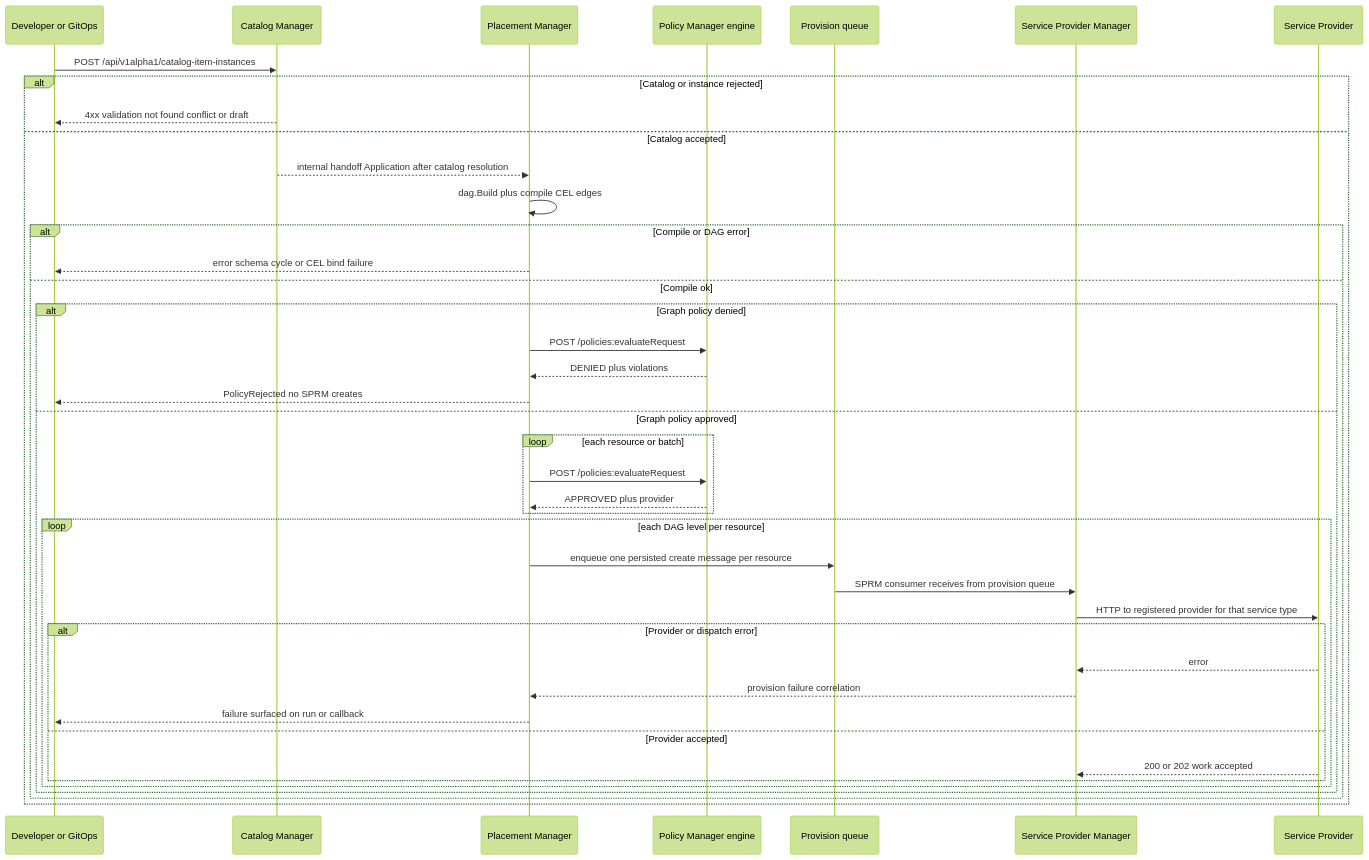
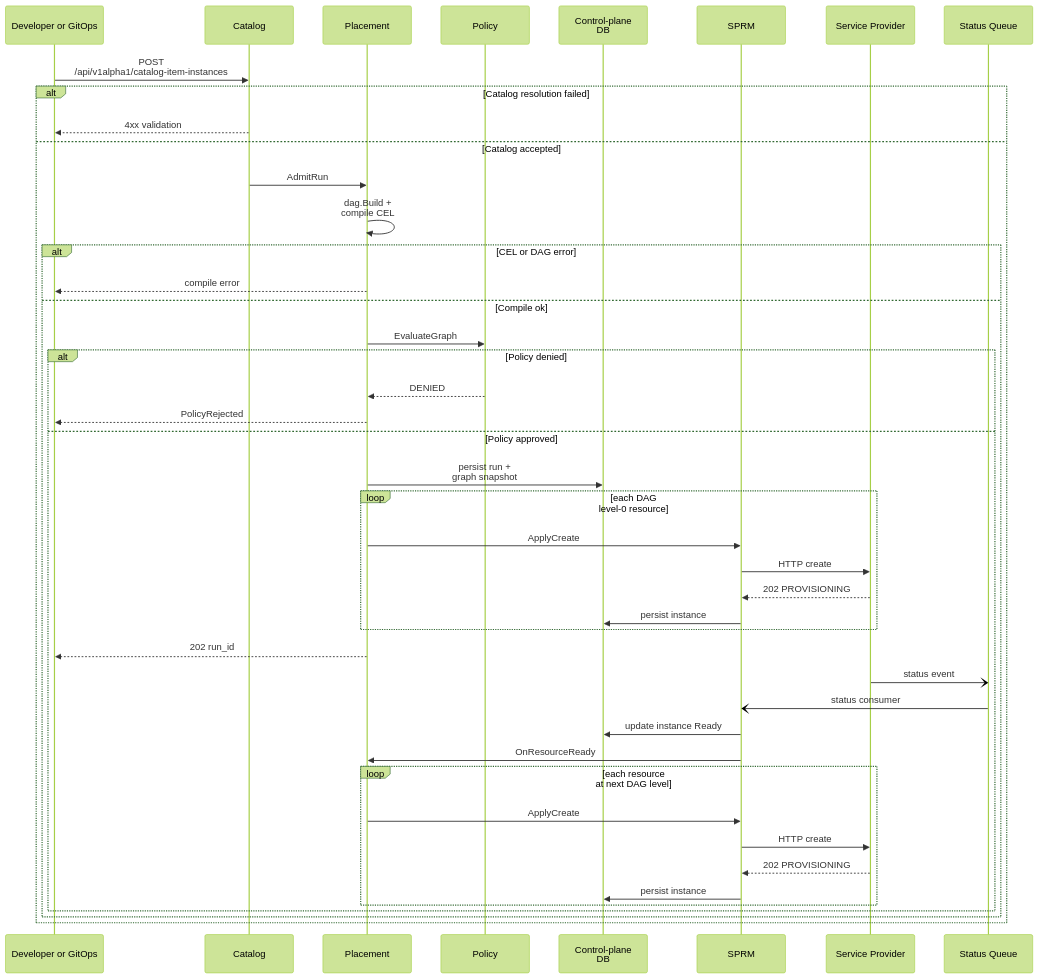
Before and after one commit to dcm-project/enhancements: the second of 2 diagrams in enhancements/declarative-api/declarative-api.md, drawn with Mermaid (forest theme). The commit also changed other lines of this file, not shown here.

Commit message:
Update to monolithic architecture Assisted-By: Cursor AI

````diff
--- a/enhancements/declarative-api/declarative-api.md
+++ b/enhancements/declarative-api/declarative-api.md
@@ -194,44 +192,47 @@
 ```mermaid
 sequenceDiagram
   participant Dev as Developer or GitOps
-  participant CM as Catalog Manager
-  participant PM as Placement Manager
-  participant POL as Policy Manager engine
-  participant ProvQ as Provision queue
-  participant SPRM as Service Provider Manager
+  participant CM as Catalog
+  participant PM as Placement
+  participant POL as Policy
+  participant DB as Control-plane<br/> DB
+  participant SPkg as SPRM
   participant SP as Service Provider
+  participant NATS as Status Queue
 
-  Dev->>CM: POST /api/v1alpha1/catalog-item-instances
-  alt Catalog or instance rejected
-    CM-->>Dev: 4xx validation not found conflict or draft
+  Dev->>CM: POST <br/>/api/v1alpha1/catalog-item-instances
+  alt Catalog resolution failed
+    CM-->>Dev: 4xx validation
   else Catalog accepted
-    CM-->>PM: internal handoff Application after catalog resolution
-    PM->>PM: dag.Build plus compile CEL edges
-    alt Compile or DAG error
-      PM-->>Dev: error schema cycle or CEL bind failure
+    CM->>PM: AdmitRun
+    PM->>PM: dag.Build + <br/>compile CEL
+    alt CEL or DAG error
+      PM-->>Dev: compile error
     else Compile ok
-      alt Graph policy denied
-        PM->>POL: POST /policies:evaluateRequest
-        POL-->>PM: DENIED plus violations
-        PM-->>Dev: PolicyRejected no SPRM creates
-      else Graph policy approved
-        loop each resource or batch
-          PM->>POL: POST /policies:evaluateRequest
-          POL-->>PM: APPROVED plus provider
+      PM->>POL: EvaluateGraph
+      alt Policy denied
+        POL-->>PM: DENIED
+        PM-->>Dev: PolicyRejected
+      else Policy approved
+        PM->>DB: persist run + <br/> graph snapshot
+        loop each DAG <br/>level-0 resource
+          PM->>SPkg: ApplyCreate
+          SPkg->>SP: HTTP create
+          SP-->>SPkg: 202 PROVISIONING
+          SPkg->>DB: persist instance
         end
-        loop each DAG level per resource
-          PM->>ProvQ: enqueue one persisted create message per resource
-          ProvQ->>SPRM: SPRM consumer receives from provision queue
-          SPRM->>SP: HTTP to registered provider for that service type
-          alt Provider or dispatch error
-            SP-->>SPRM: error
-            SPRM-->>PM: provision failure correlation
-            PM-->>Dev: failure surfaced on run or callback
-          else Provider accepted
-            SP-->>SPRM: 200 or 202 work accepted
-          end
+        PM-->>Dev: 202 run_id
+        SP-)NATS: status event
+        NATS-)SPkg: status consumer
+        SPkg->>DB: update instance Ready
+        SPkg->>PM: OnResourceReady
+        loop each resource <br/>at next DAG level
+          PM->>SPkg: ApplyCreate
+          SPkg->>SP: HTTP create
+          SP-->>SPkg: 202 PROVISIONING
+          SPkg->>DB: persist instance
         end
       end
     end
   end
 ```
````
